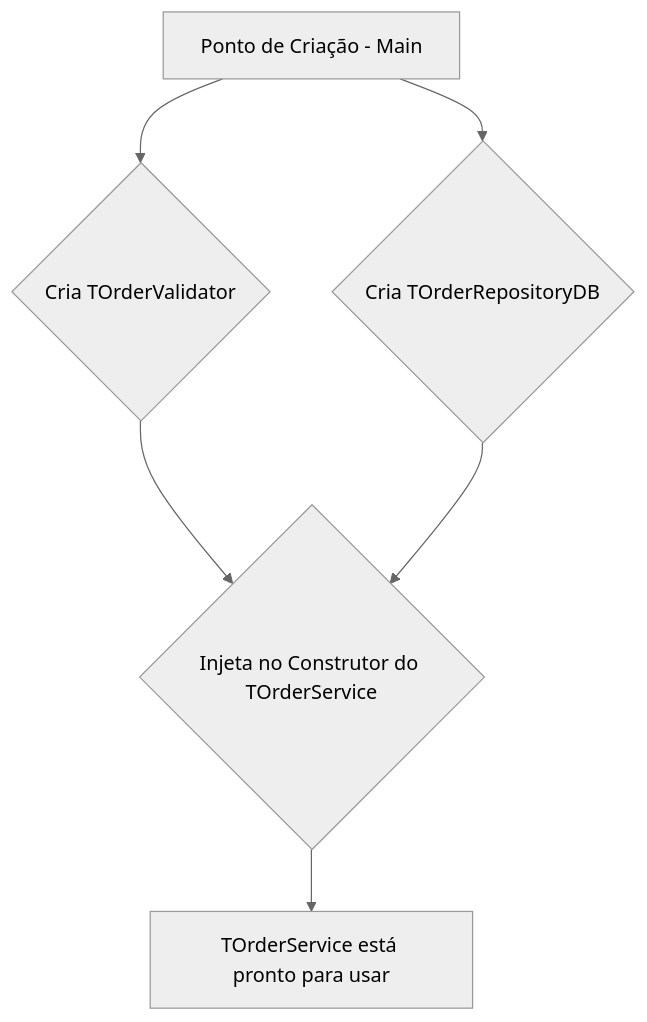
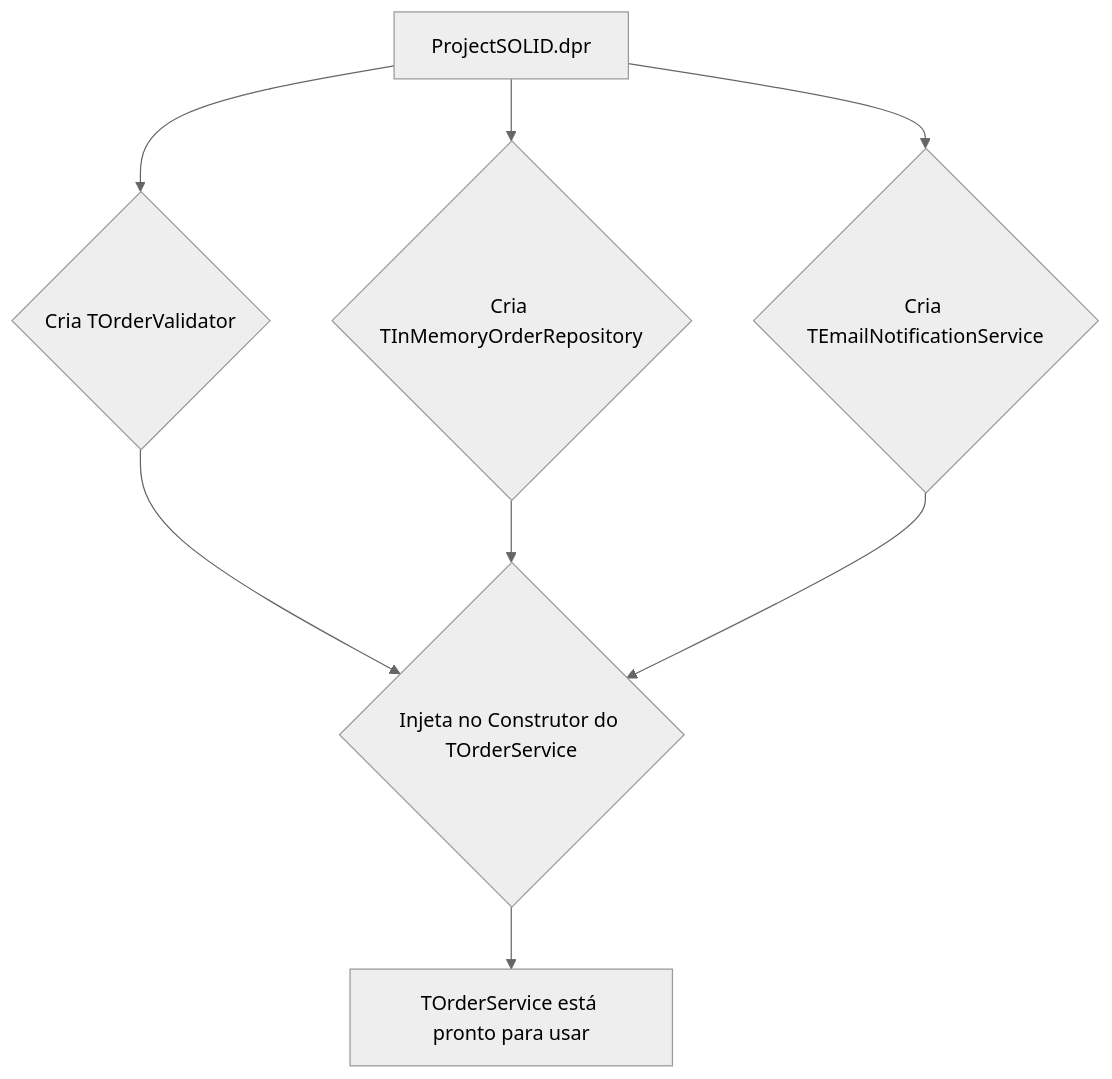
One commit to Juliolimahen/clean-code-and-solid-delphi changed the fourth of 5 diagrams in README.MD. Above: the diagram before and after it, drawn with Mermaid (neutral theme). The commit also changed other lines of this file, not shown here.

````diff
--- a/README.MD
+++ b/README.MD
@@ -170,8 +193,10 @@
 ```mermaid
 graph TD
-    A[Ponto de Criação - Main] --> B{Cria TOrderValidator};
-    A --> C{Cria TOrderRepositoryDB};
-    B --> D{Injeta no Construtor do TOrderService};
-    C --> D{Injeta no Construtor do TOrderService};
-    D --> E[TOrderService está pronto para usar];
+    A[ProjectSOLID.dpr] --> B{Cria TOrderValidator};
+    A --> C{Cria TInMemoryOrderRepository};
+    A --> D{Cria TEmailNotificationService};
+    B --> E{Injeta no Construtor do TOrderService};
+    C --> E{Injeta no Construtor do TOrderService};
+    D --> E{Injeta no Construtor do TOrderService};
+    E --> F[TOrderService está pronto para usar];
 ```
````
